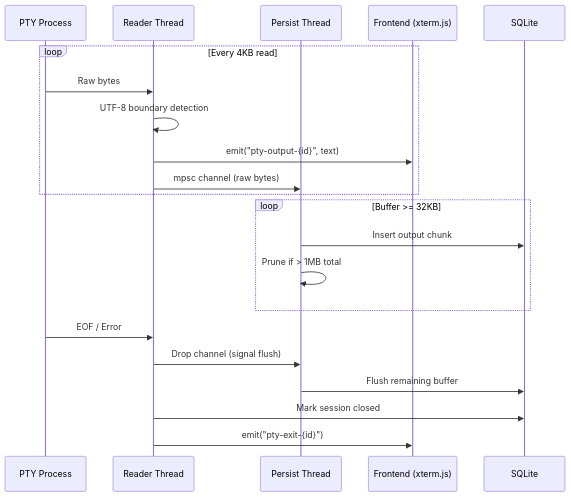
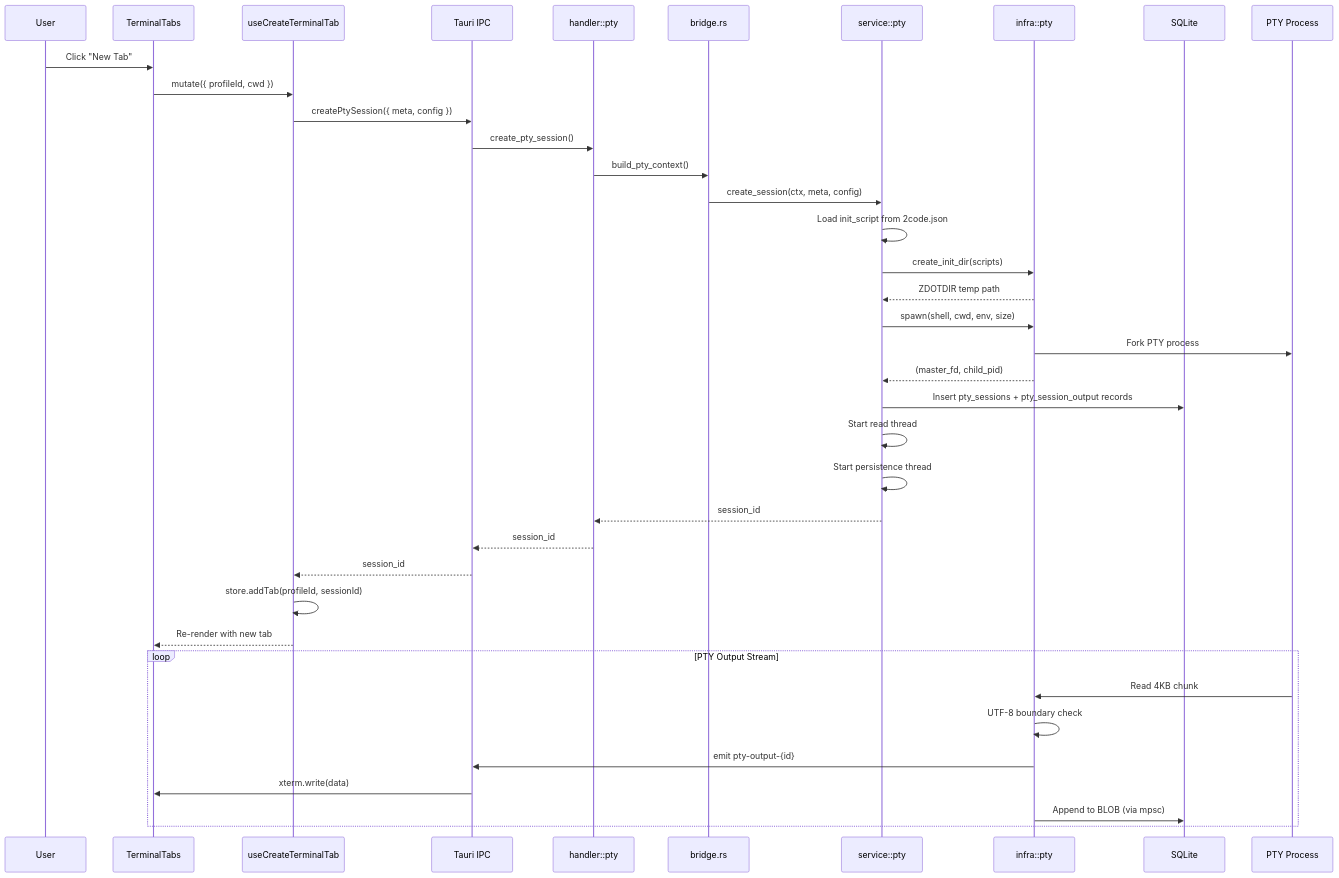
One commit to AkaraChen/2code changed the first of 4 diagrams in docs/data-flow.md. Above: the diagram before and after it, drawn with Mermaid. The commit also changed other lines of this file and 8 other files, not shown here.

First line of the commit message:
docs: update CLAUDE.md and regenerate architecture documentation

````diff
--- a/docs/data-flow.md
+++ b/docs/data-flow.md
@@ -52,26 +5,42 @@
 ```mermaid
 sequenceDiagram
+    participant User
+    participant UI as TerminalTabs
+    participant Hook as useCreateTerminalTab
+    participant IPC as Tauri IPC
+    participant Handler as handler::pty
+    participant Bridge as bridge.rs
+    participant Service as service::pty
+    participant Infra as infra::pty
+    participant DB as SQLite
     participant PTY as PTY Process
-    participant RT as Reader Thread
-    participant PT as Persist Thread
-    participant FE as Frontend (xterm.js)
-    participant DB as SQLite
 
-    loop Every 4KB read
-        PTY->>RT: Raw bytes
-        RT->>RT: UTF-8 boundary detection
-        RT->>FE: emit("pty-output-{id}", text)
-        RT->>PT: mpsc channel (raw bytes)
+    User->>UI: Click "New Tab"
+    UI->>Hook: mutate({ profileId, cwd })
+    Hook->>IPC: createPtySession({ meta, config })
+    IPC->>Handler: create_pty_session()
+    Handler->>Bridge: build_pty_context()
+    Bridge->>Service: create_session(ctx, meta, config)
+    Service->>Service: Load init_script from 2code.json
+    Service->>Infra: create_init_dir(scripts)
+    Infra-->>Service: ZDOTDIR temp path
+    Service->>Infra: spawn(shell, cwd, env, size)
+    Infra->>PTY: Fork PTY process
+    Infra-->>Service: (master_fd, child_pid)
+    Service->>DB: Insert pty_sessions + pty_session_output records
+    Service->>Service: Start read thread
+    Service->>Service: Start persistence thread
+    Service-->>Handler: session_id
+    Handler-->>IPC: session_id
+    IPC-->>Hook: session_id
+    Hook->>Hook: store.addTab(profileId, sessionId)
+    Hook-->>UI: Re-render with new tab
+
+    loop PTY Output Stream
+        PTY->>Infra: Read 4KB chunk
+        Infra->>Infra: UTF-8 boundary check
+        Infra->>IPC: emit pty-output-{id}
+        IPC->>UI: xterm.write(data)
+        Infra->>DB: Append to BLOB (via mpsc)
     end
-
-    loop Buffer >= 32KB
-        PT->>DB: Insert output chunk
-        PT->>PT: Prune if > 1MB total
-    end
-
-    PTY->>RT: EOF / Error
-    RT->>PT: Drop channel (signal flush)
-    PT->>DB: Flush remaining buffer
-    RT->>DB: Mark session closed
-    RT->>FE: emit("pty-exit-{id}")
 ```
````
